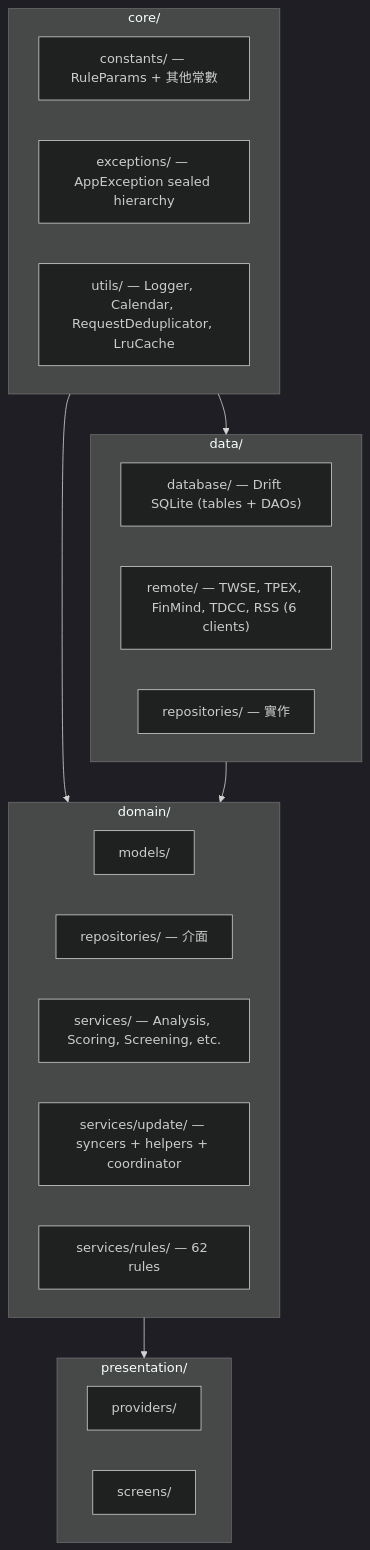
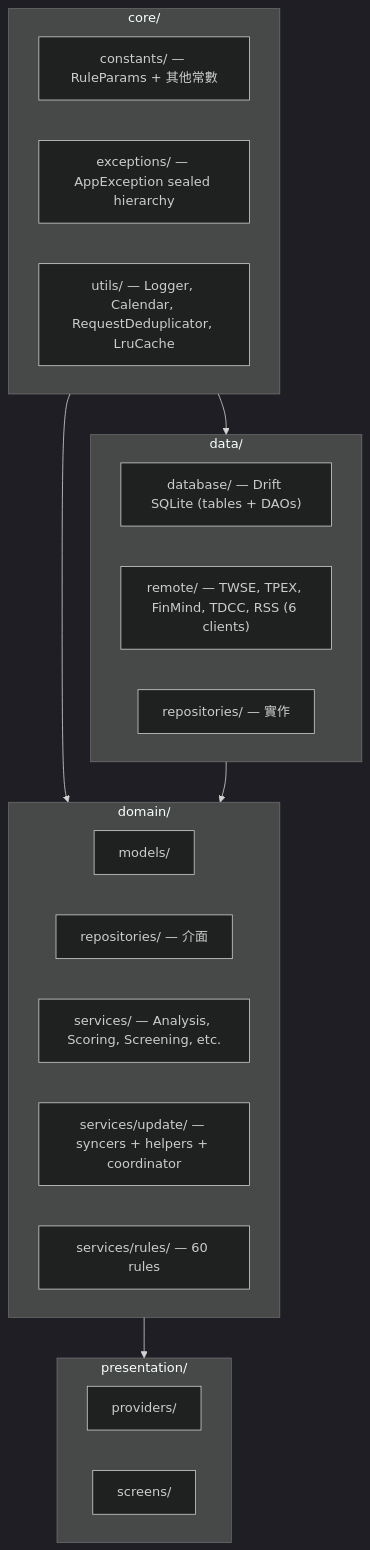
Before and after one commit to Neal75418/afterclose: the first of 2 diagrams in .claude/rules/architecture.md, drawn with Mermaid. The commit also changed 1 other file, not shown here.

Commit message:
docs(claude-md): sync rule count 62 → 60 and fix rule_params barrel description
`grep -c "^class.*Rule\b"` 實際為 60，且 rule_params.dart:163 程式碼註解自己
寫「目前共 60 條規則」。rule_params barrel 實際 export 6 個 domain param 檔
加 enums/scores，不是「8 param classes」。

docs/RULE_ENGINE.md pie chart 分類（21+12+15+7+7=62）需逐條重分類才能對齊，
留作後續 backlog。

````diff
--- a/.claude/rules/architecture.md
+++ b/.claude/rules/architecture.md
@@ -11,33 +11,33 @@
 ```mermaid
 %%{init: {'theme': 'dark'}}%%
 flowchart TB
     subgraph Core["core/"]
         Constants["constants/ — RuleParams + 其他常數"]
         Exceptions["exceptions/ — AppException sealed hierarchy"]
         Utils["utils/ — Logger, Calendar, RequestDeduplicator, LruCache"]
     end
 
     subgraph Data["data/"]
         Database["database/ — Drift SQLite (tables + DAOs)"]
         Remote["remote/ — TWSE, TPEX, FinMind, TDCC, RSS (6 clients)"]
         Repos["repositories/ — 實作"]
     end
 
     subgraph Domain["domain/"]
         Models["models/"]
         RepoIF["repositories/ — 介面"]
         Services["services/ — Analysis, Scoring, Screening, etc."]
         Update["services/update/ — syncers + helpers + coordinator"]
-        Rules["services/rules/ — 62 rules"]
+        Rules["services/rules/ — 60 rules"]
     end
 
     subgraph Presentation["presentation/"]
         Providers["providers/"]
         Screens["screens/"]
     end
 
     Core --> Data
     Core --> Domain
     Data --> Domain
     Domain --> Presentation
 ```
````
